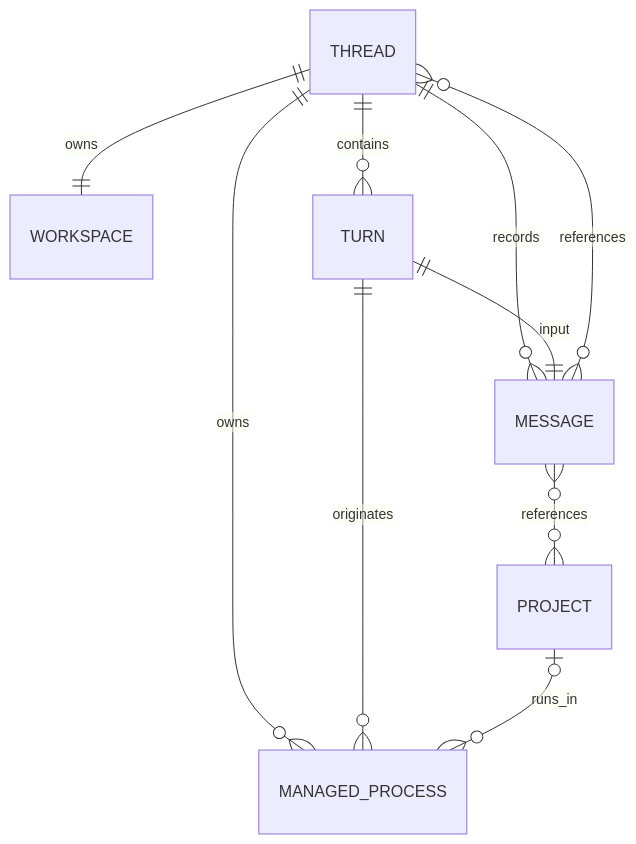
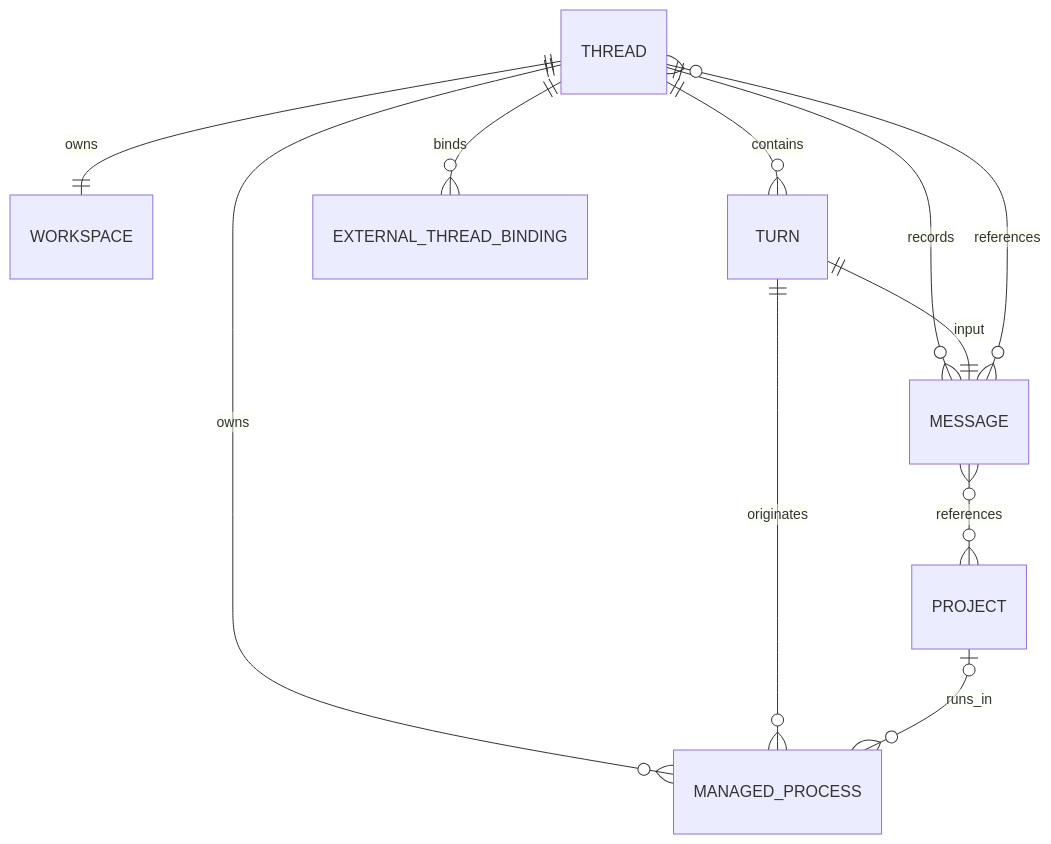
One commit to jianliang00/kody changed the second of 3 diagrams in docs/architecture.md. Above: the diagram before and after it, drawn with Mermaid. The commit also changed other lines of this file and 62 other files, not shown here.

````diff
--- a/docs/architecture.md
+++ b/docs/architecture.md
@@ -29,12 +37,13 @@
 ```mermaid
 erDiagram
     THREAD ||--|| WORKSPACE : owns
     THREAD ||--o{ TURN : contains
     THREAD ||--o{ MESSAGE : records
     THREAD ||--o{ MANAGED_PROCESS : owns
+    THREAD ||--o{ EXTERNAL_THREAD_BINDING : binds
     TURN ||--o{ MANAGED_PROCESS : originates
     PROJECT o|--o{ MANAGED_PROCESS : runs_in
     TURN ||--|| MESSAGE : input
     MESSAGE }o--o{ THREAD : references
     MESSAGE }o--o{ PROJECT : references
 ```
````
